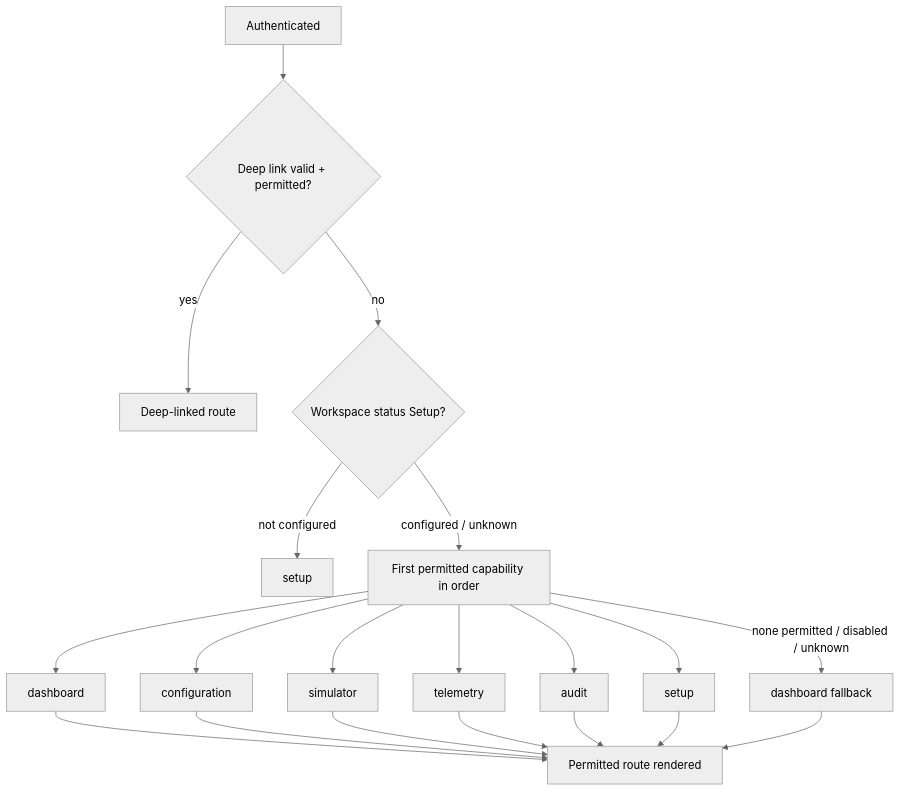
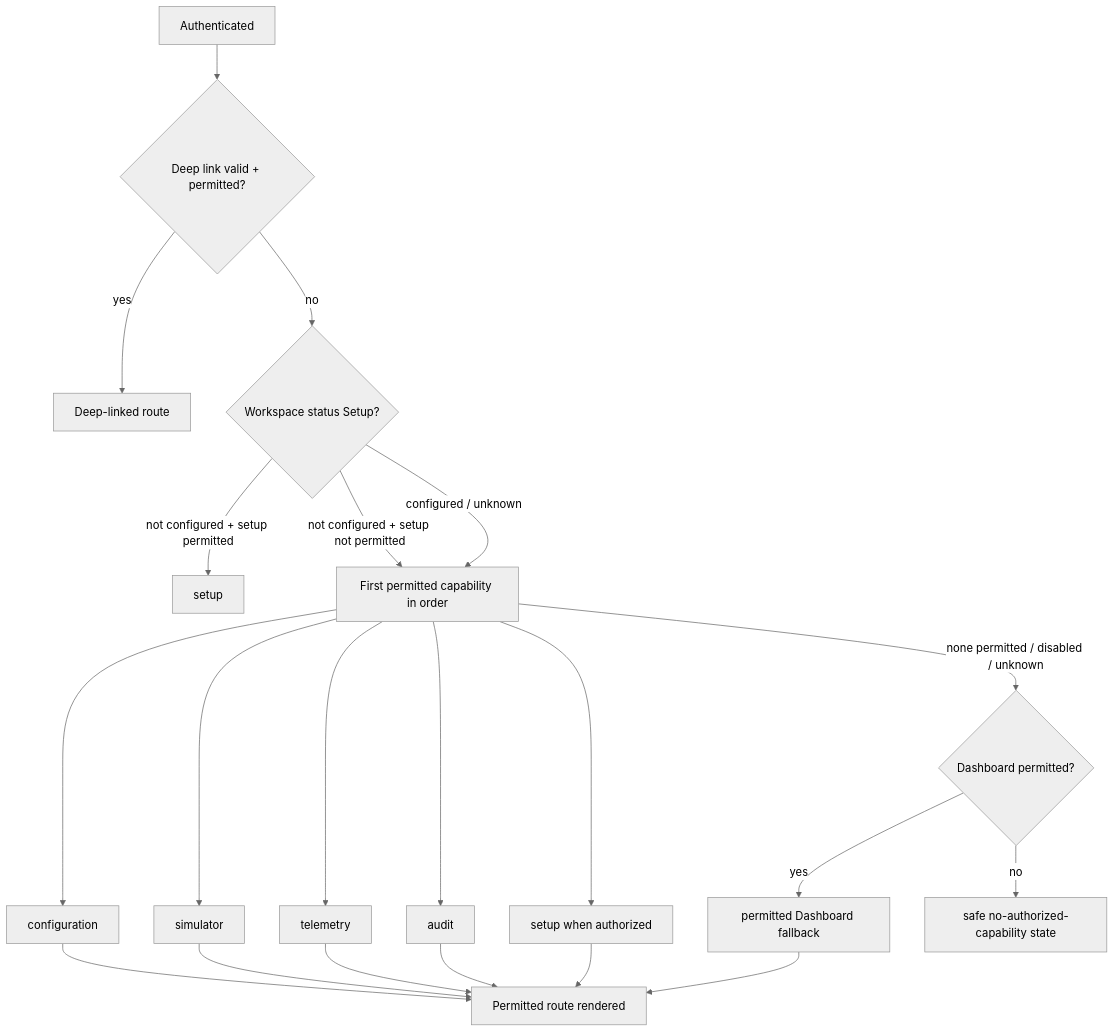
The diagram in specs/004-industrial-operations-ui-ux-redesign/contracts/route-and-permission-matrix.md (devphuclam/EnergySaving), drawn with Mermaid (neutral theme) before and after one commit. The commit also changed other lines of this file and 6 other files, not shown here.

````diff
--- a/specs/004-industrial-operations-ui-ux-redesign/contracts/route-and-permission-matrix.md
+++ b/specs/004-industrial-operations-ui-ux-redesign/contracts/route-and-permission-matrix.md
@@ -34,22 +34,23 @@
 ```mermaid
 flowchart TD
   A[Authenticated] --> B{Deep link valid + permitted?}
   B -->|yes| C[Deep-linked route]
   B -->|no| D{Workspace status Setup?}
-  D -->|not configured| E[setup]
-  D -->|configured / unknown| F[First permitted capability in order]
-  F --> G1[dashboard]
-  F --> G2[configuration]
-  F --> G3[simulator]
-  F --> G4[telemetry]
-  F --> G5[audit]
-  F --> G6[setup]
+  D -->|not configured + setup permitted| E[setup]
+  D -->|not configured + setup not permitted| F[First permitted capability in order]
+  D -->|configured / unknown| F
+  F --> G1[configuration]
+  F --> G2[simulator]
+  F --> G3[telemetry]
+  F --> G4[audit]
+  F --> G5[setup when authorized]
   G1 --> H[Permitted route rendered]
   G2 --> H
   G3 --> H
   G4 --> H
   G5 --> H
-  G6 --> H
-  F -->|none permitted / disabled / unknown| I[dashboard fallback]
+  F -->|none permitted / disabled / unknown| J{Dashboard permitted?}
+  J -->|yes| I[permitted Dashboard fallback]
+  J -->|no| N[safe no-authorized-capability state]
   I --> H
 ```
````
